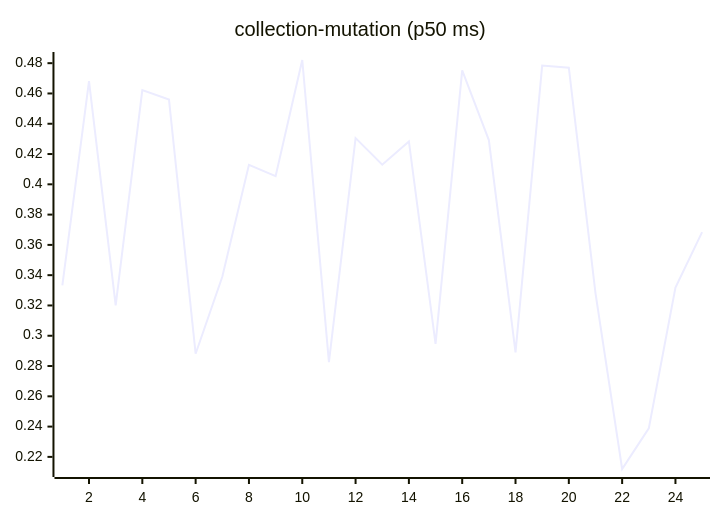
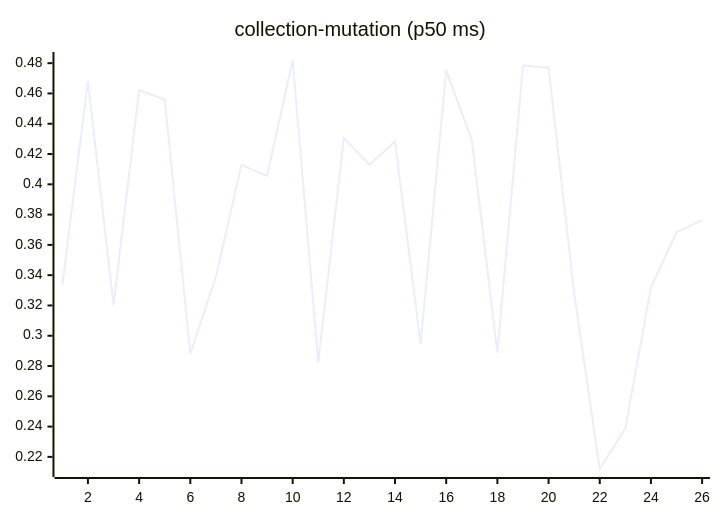
One commit to josha/Facet changed the sixth of 27 diagrams in README.md. Above: the diagram before and after it, drawn with Mermaid. The commit also changed other lines of this file and 2 other files, not shown here.

````diff
--- a/README.md
+++ b/README.md
@@ -98,6 +98,6 @@
 ```mermaid
 xychart-beta
     title "collection-mutation (p50 ms)"
-    x-axis 1 --> 25
-    line [0.3332, 0.4681, 0.3201, 0.4622, 0.4560, 0.2881, 0.3389, 0.4129, 0.4054, 0.4821, 0.2826, 0.4305, 0.4130, 0.4283, 0.2946, 0.4753, 0.4292, 0.2890, 0.4784, 0.4770, 0.3282, 0.2120, 0.2388, 0.3318, 0.3684]
+    x-axis 1 --> 26
+    line [0.3332, 0.4681, 0.3201, 0.4622, 0.4560, 0.2881, 0.3389, 0.4129, 0.4054, 0.4821, 0.2826, 0.4305, 0.4130, 0.4283, 0.2946, 0.4753, 0.4292, 0.2890, 0.4784, 0.4770, 0.3282, 0.2120, 0.2388, 0.3318, 0.3684, 0.3763]
 ```
````
